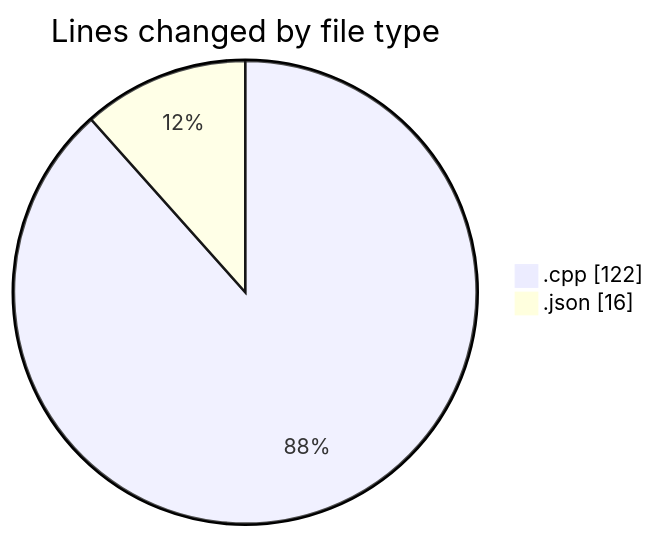
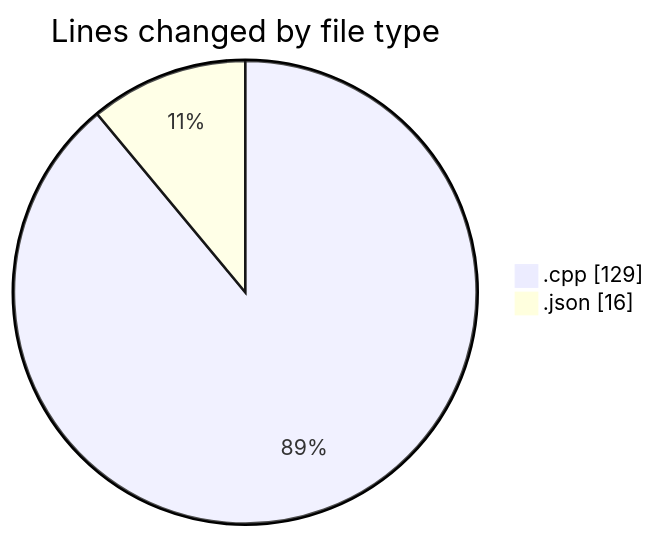
Before and after one commit to Netris89/code-tracking: the first of 2 diagrams in 2025-04-23/echo/README.md, drawn with Mermaid. The commit also changed other lines of this file and 1 other file, not shown here.

````diff
--- a/2025-04-23/echo/README.md
+++ b/2025-04-23/echo/README.md
@@ -21,6 +21,6 @@
 ```mermaid
 pie showData
 title Lines changed by file type
-".cpp" : 122
+".cpp" : 129
 ".json" : 16
 ```
````
